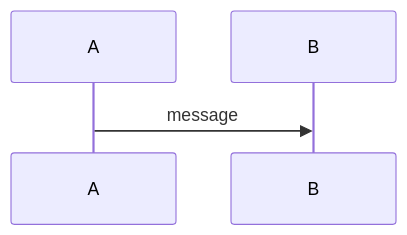
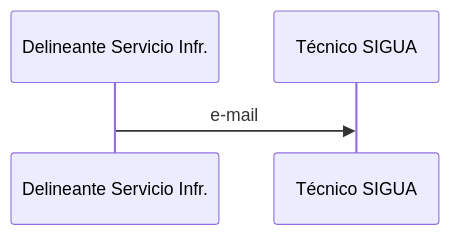
The diagram in v-cad-get.md (labgeo/ua-mods), drawn with Mermaid before and after one commit. The commit also changed other lines of this file, not shown here.

```diff
--- a/v-cad-get.md
+++ b/v-cad-get.md
@@ -3,4 +4,4 @@
 {% mermaid %}
 sequenceDiagram;
-  A->>B: message;
+  Delineante Servicio Infr.->>Técnico SIGUA: e-mail;
 {% endmermaid %}
```
